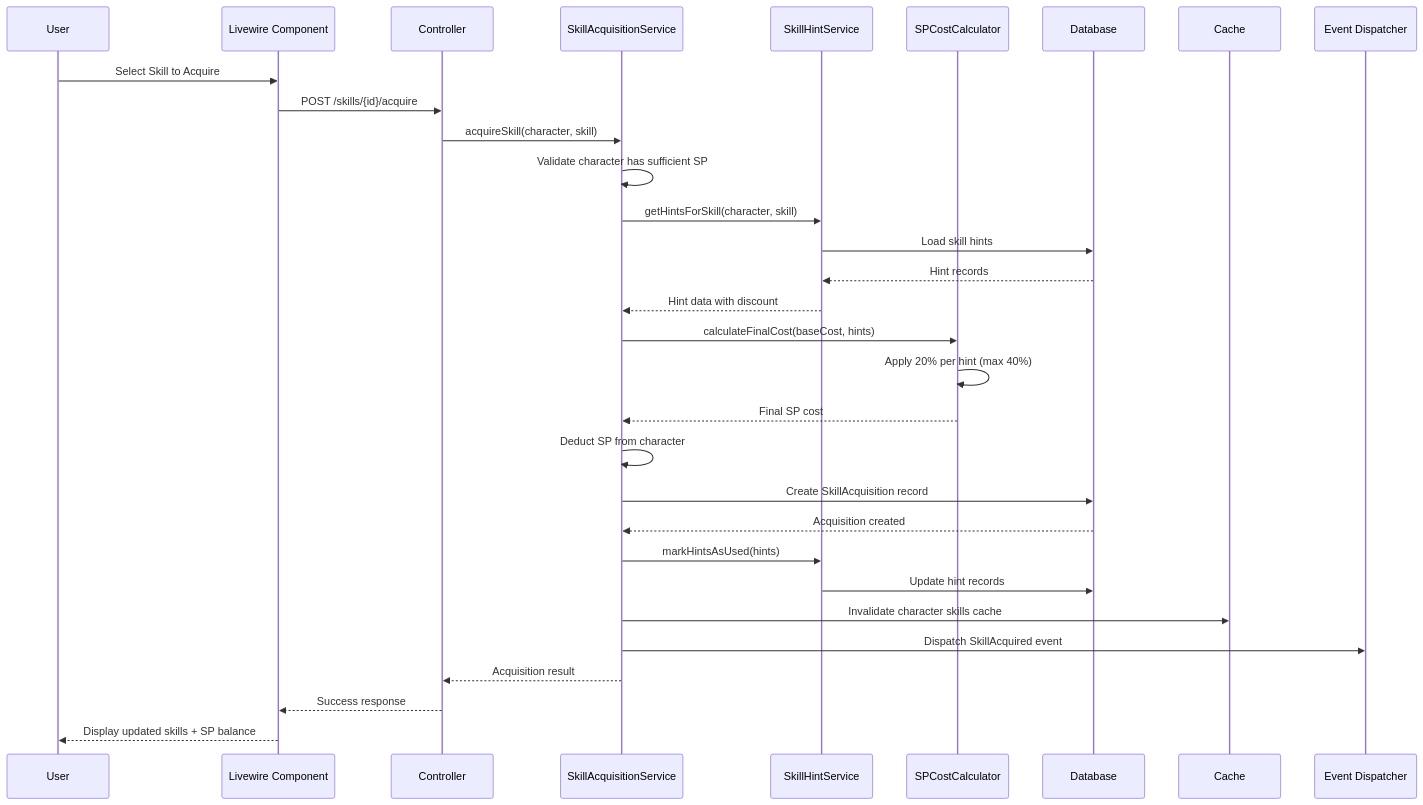
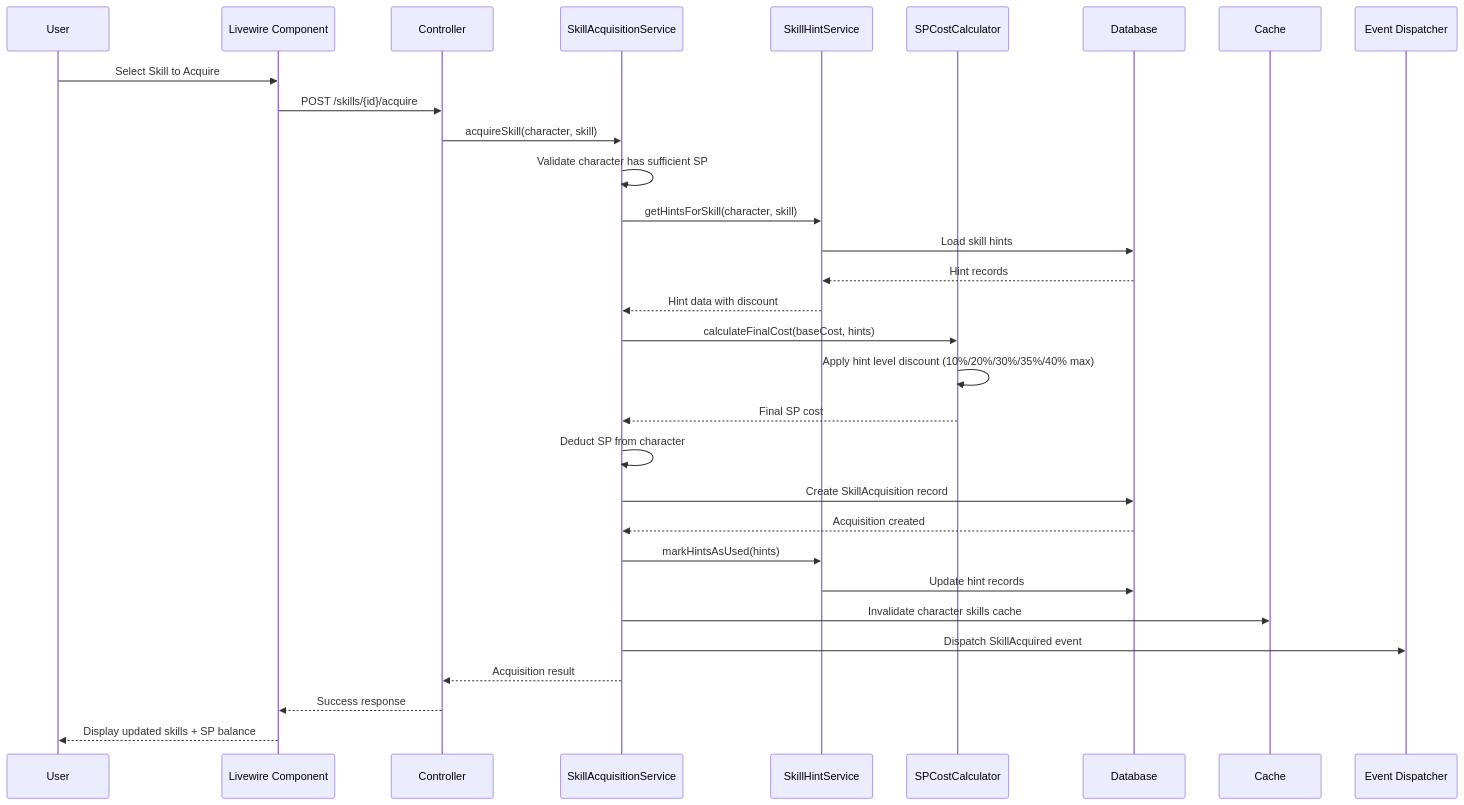
The second of 7 diagrams in docs/01-tech-flow/TECH-FLOW-004_Skill_Management_Flow.md (exatfrds67/umamusume-career-planner), drawn with Mermaid before and after one commit. The commit also changed other lines of this file and 313 other files, not shown here.

````diff
--- a/docs/01-tech-flow/TECH-FLOW-004_Skill_Management_Flow.md
+++ b/docs/01-tech-flow/TECH-FLOW-004_Skill_Management_Flow.md
@@ -127,40 +127,40 @@
 ```mermaid
 sequenceDiagram
     participant User
     participant UI as Livewire Component
     participant Controller
     participant Service as SkillAcquisitionService
     participant HintService as SkillHintService
     participant SPCalc as SPCostCalculator
     participant DB as Database
     participant Cache
     participant Event as Event Dispatcher
 
     User->>UI: Select Skill to Acquire
     UI->>Controller: POST /skills/{id}/acquire
     Controller->>Service: acquireSkill(character, skill)
     
     Service->>Service: Validate character has sufficient SP
     Service->>HintService: getHintsForSkill(character, skill)
     HintService->>DB: Load skill hints
     DB-->>HintService: Hint records
     HintService-->>Service: Hint data with discount
     
     Service->>SPCalc: calculateFinalCost(baseCost, hints)
-    SPCalc->>SPCalc: Apply 20% per hint (max 40%)
+    SPCalc->>SPCalc: Apply hint level discount (10%/20%/30%/35%/40% max)
     SPCalc-->>Service: Final SP cost
     
     Service->>Service: Deduct SP from character
     Service->>DB: Create SkillAcquisition record
     DB-->>Service: Acquisition created
     
     Service->>HintService: markHintsAsUsed(hints)
     HintService->>DB: Update hint records
     
     Service->>Cache: Invalidate character skills cache
     Service->>Event: Dispatch SkillAcquired event
     
     Service-->>Controller: Acquisition result
     Controller-->>UI: Success response
     UI-->>User: Display updated skills + SP balance
 ```
````
